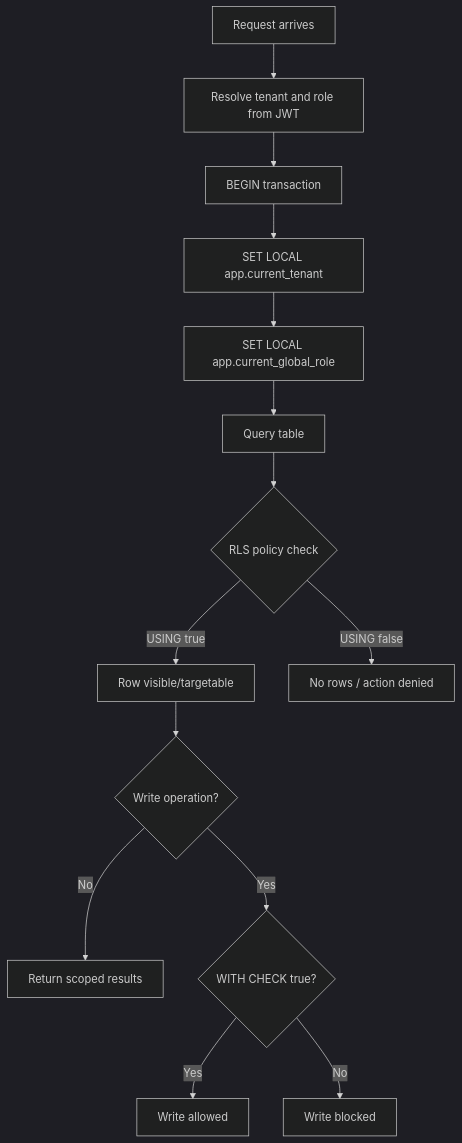
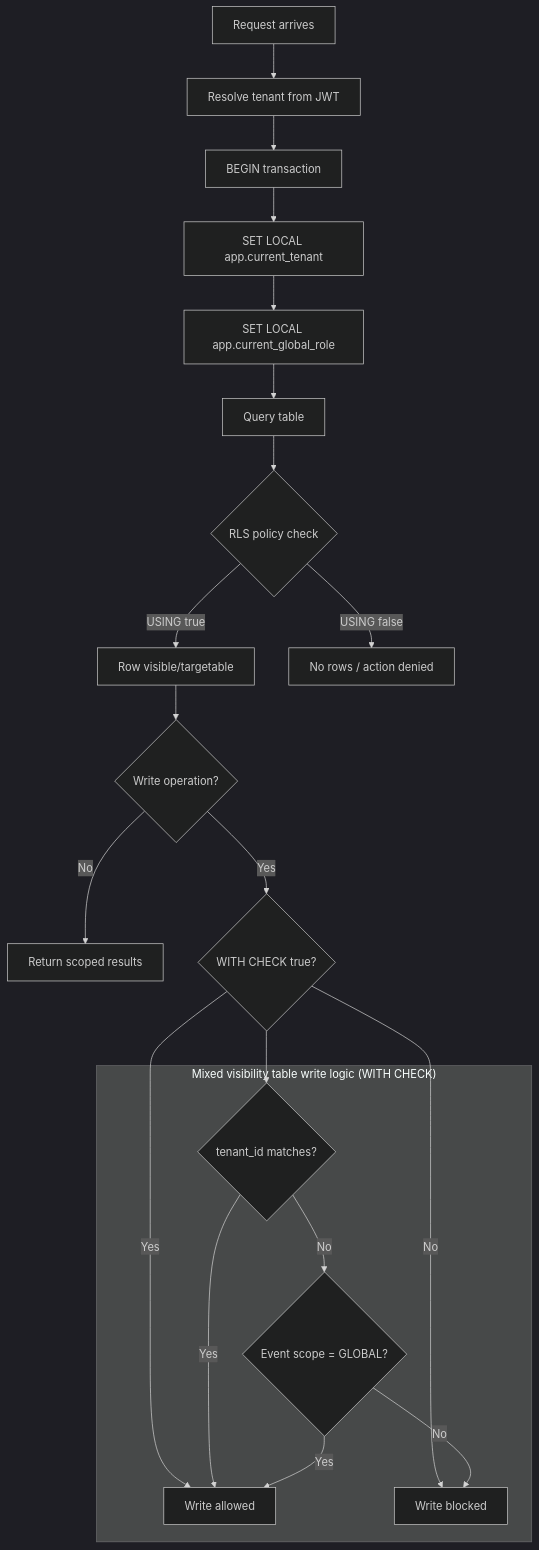
One commit to KaterynaKocheharova/Multi-tenant-architecture changed the diagram in architecture-homework/docs/adr/ADR-002-data-isolation.md. Above: the diagram before and after it, drawn with Mermaid (dark theme). The commit also changed other lines of this file and 1 other file, not shown here.

````diff
--- a/architecture-homework/docs/adr/ADR-002-data-isolation.md
+++ b/architecture-homework/docs/adr/ADR-002-data-isolation.md
@@ -31,18 +52,26 @@
 ```mermaid
 flowchart TD
-	 A[Request arrives] --> B[Resolve tenant and role from JWT]
+	 A[Request arrives] --> B[Resolve tenant from JWT]
 	 B --> C[BEGIN transaction]
 	 C --> D[SET LOCAL app.current_tenant]
 	 D --> E[SET LOCAL app.current_global_role]
 	 E --> F[Query table]
 
 	 F --> G{RLS policy check}
 	 G -->|USING true| H[Row visible/targetable]
 	 G -->|USING false| I[No rows / action denied]
 
 	 H --> J{Write operation?}
 	 J -->|No| K[Return scoped results]
 	 J -->|Yes| L{WITH CHECK true?}
 	 L -->|Yes| M[Write allowed]
 	 L -->|No| N[Write blocked]
+
+	 subgraph "Mixed visibility table write logic (WITH CHECK)"
+		  O{tenant_id matches?} -->|Yes| M
+		  O -->|No| P{Event scope = GLOBAL?}
+		  P -->|Yes| M
+		  P -->|No| N
+	 end
+	 L --> O
 ```
````
